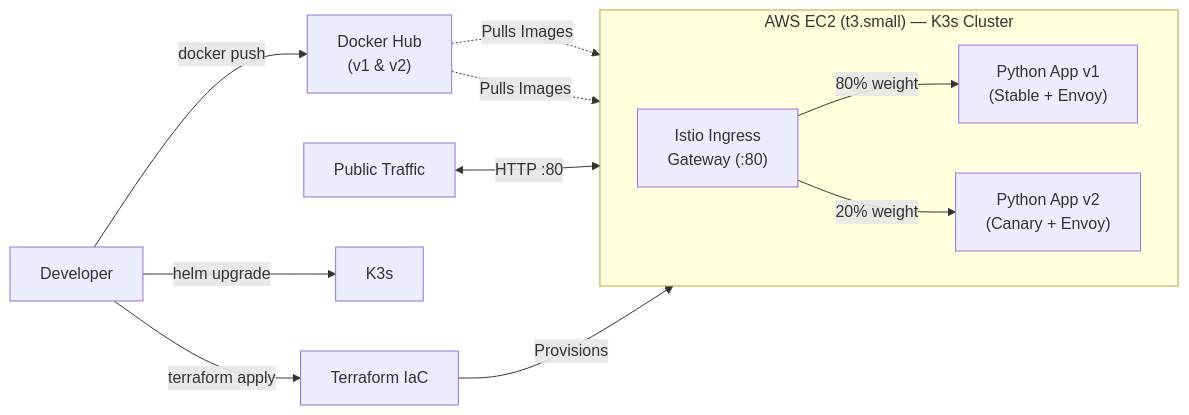
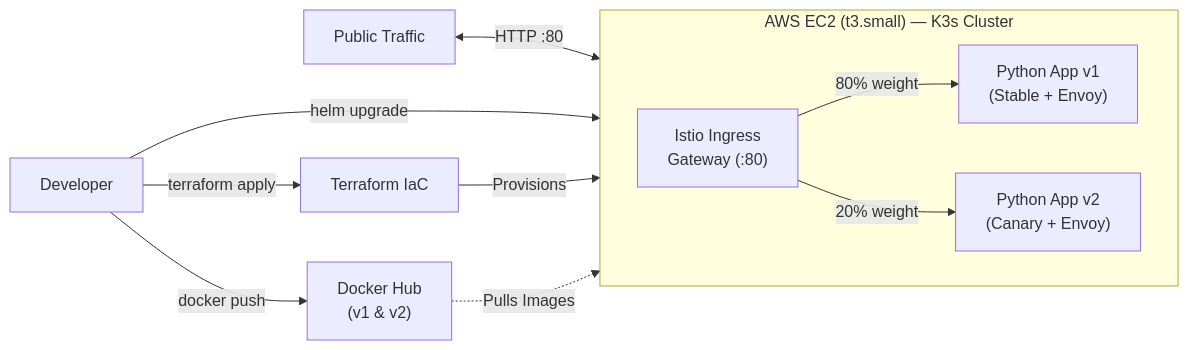
One commit to sujal-surani/k3s-istio-canary-aws changed the diagram in README.md. Above: the diagram before and after it, drawn with Mermaid.

````diff
--- a/README.md
+++ b/README.md
@@ -7,16 +7,16 @@
 ```mermaid
 flowchart LR
     Dev["Developer"] -->|terraform apply| TF["Terraform IaC"]
     Dev -->|docker push| DH["Docker Hub<br/>(v1 & v2)"]
-    Dev -->|helm upgrade| K3s
+    Dev -->|helm upgrade| AWS
+    Users["Public Traffic"] <-->|HTTP :80| IGW
+
+    TF -->|Provisions| AWS
+    DH -.->|Pulls Images| AWS
 
     subgraph AWS["AWS EC2 (t3.small) — K3s Cluster"]
         direction LR
         IGW["Istio Ingress<br/>Gateway (:80)"] -->|80% weight| V1["Python App v1<br/>(Stable + Envoy)"]
         IGW -->|20% weight| V2["Python App v2<br/>(Canary + Envoy)"]
     end
-
-    TF -->|Provisions| AWS
-    DH -.->|Pulls Images| V1 & V2
-    Users["Public Traffic"] <-->|HTTP :80| IGW
 ```
````
